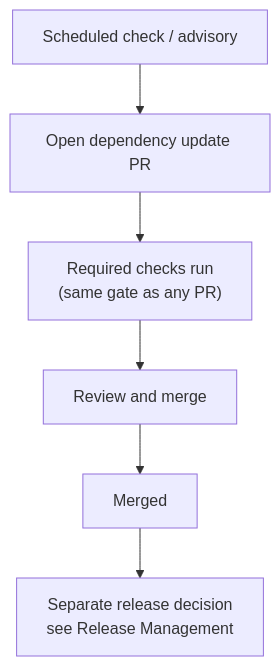
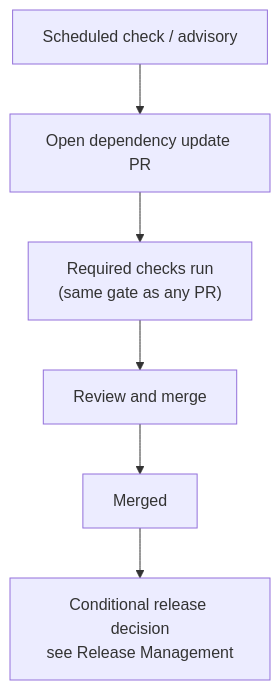
One commit to MSXOrg/docs changed the diagram in src/docs/Capabilities/dependency-updates/design.md. Above: the diagram before and after it, drawn with Mermaid. The commit also changed other lines of this file and 32 other files, not shown here.

````diff
--- a/src/docs/Capabilities/dependency-updates/design.md
+++ b/src/docs/Capabilities/dependency-updates/design.md
@@ -77,8 +77,8 @@
 ```mermaid
 flowchart TD
   check["Scheduled check / advisory"] --> pr["Open dependency update PR"]
   pr --> ci["Required checks run<br/>(same gate as any PR)"]
   ci --> review["Review and merge"]
   review --> merged["Merged"]
-  merged --> release["Separate release decision<br/>see Release Management"]
+  merged --> release["Conditional release decision<br/>see Release Management"]
 ```
````
